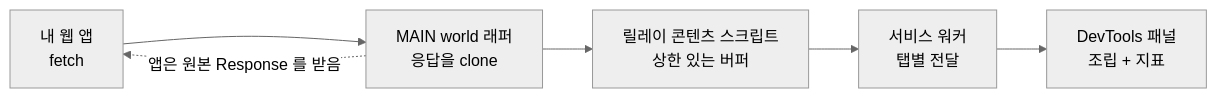
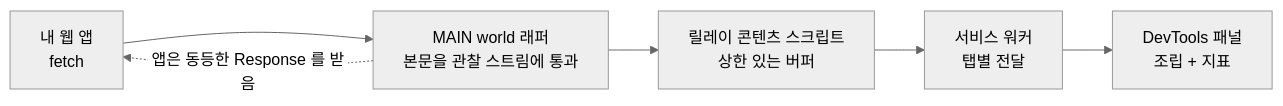
The diagram in README.ko.md (LeeGyeongPil/streamscope), drawn with Mermaid (neutral theme) before and after one commit. The commit also changed other lines of this file and 5 other files, not shown here.

````diff
--- a/README.ko.md
+++ b/README.ko.md
@@ -171,8 +171,8 @@
 ```mermaid
 flowchart LR
-  A[내 웹 앱<br/>fetch] --> B[MAIN world 래퍼<br/>응답을 clone]
+  A[내 웹 앱<br/>fetch] --> B[MAIN world 래퍼<br/>본문을 관찰 스트림에 통과]
   B --> C[릴레이 콘텐츠 스크립트<br/>상한 있는 버퍼]
   C --> D[서비스 워커<br/>탭별 전달]
   D --> E[DevTools 패널<br/>조립 + 지표]
-  B -. 앱은 원본 Response 를 받음 .-> A
+  B -. 앱은 동등한 Response 를 받음 .-> A
 ```
````
